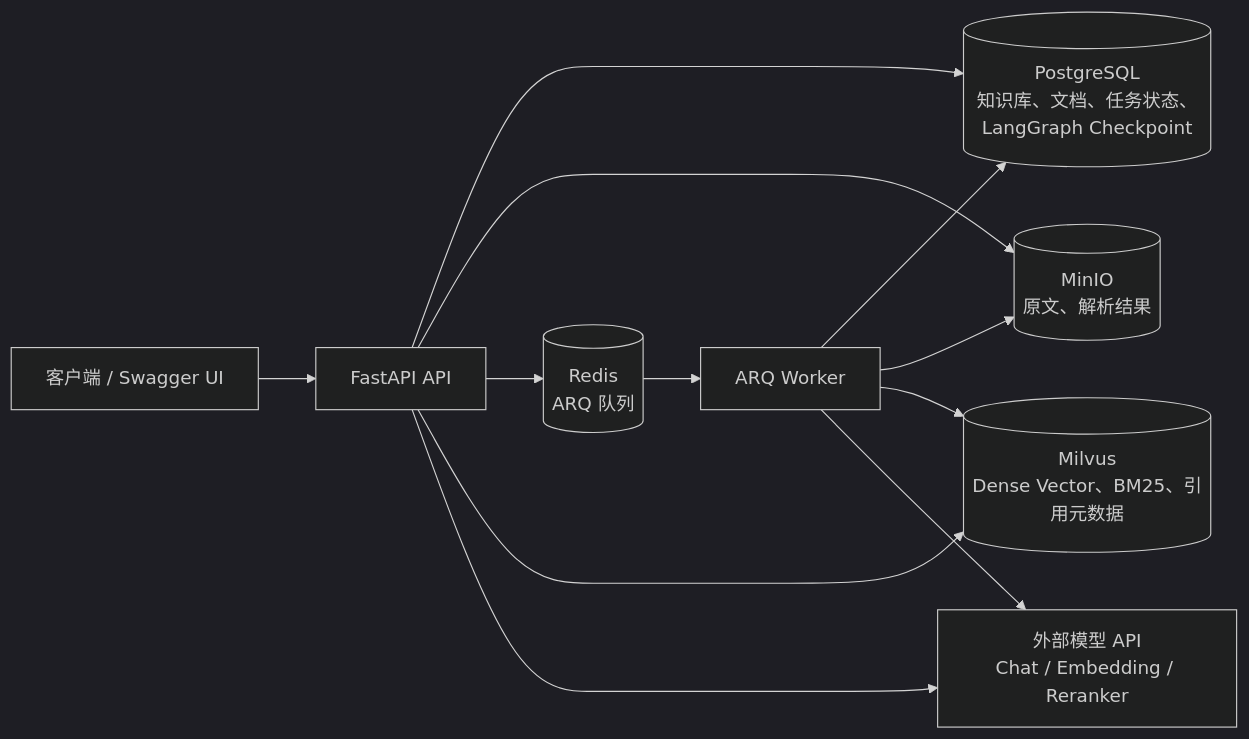
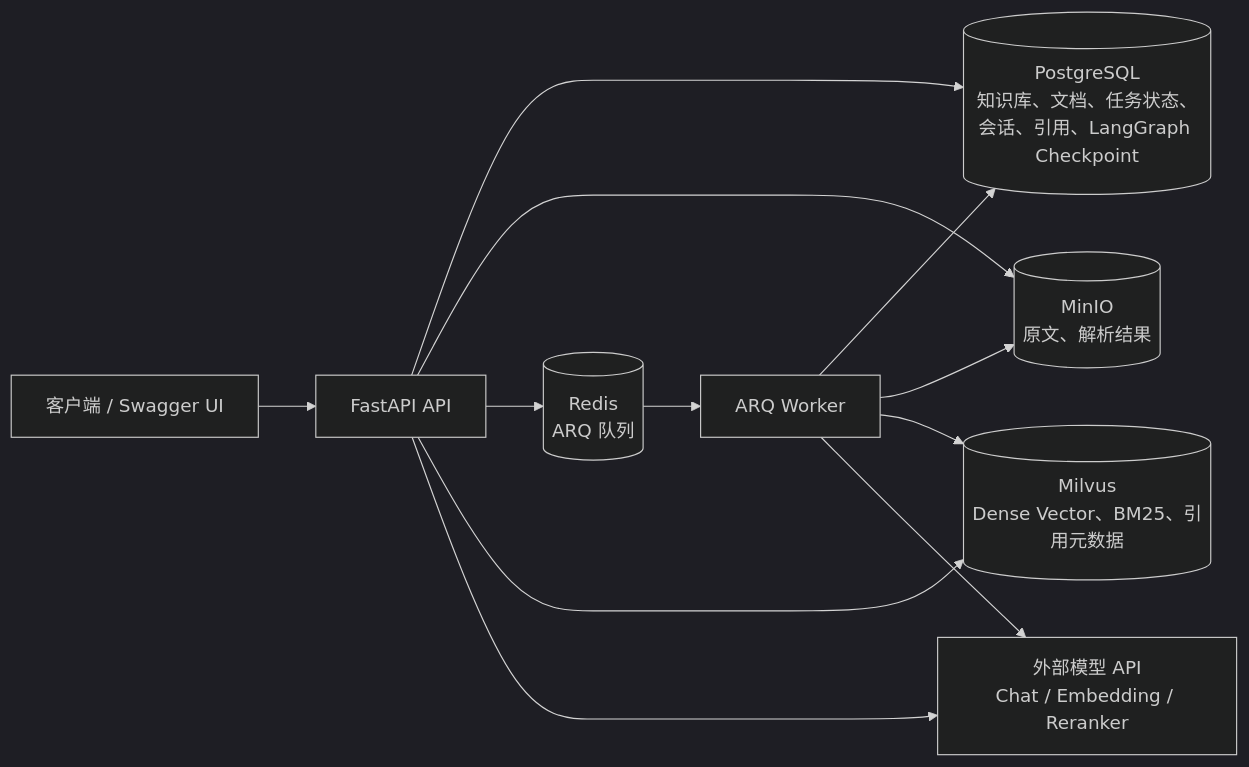
Before and after one commit to akka-sun/RAG-Agent: the diagram in README.md, drawn with Mermaid (dark theme). The commit also changed other lines of this file and 7 other files, not shown here.

````diff
--- a/README.md
+++ b/README.md
@@ -20,14 +21,14 @@
 ```mermaid
 flowchart LR
     Client["客户端 / Swagger UI"] --> API["FastAPI API"]
-    API --> PG[("PostgreSQL<br/>知识库、文档、任务状态、LangGraph Checkpoint")]
+    API --> PG[("PostgreSQL<br/>知识库、文档、任务状态、会话、引用、LangGraph Checkpoint")]
     API --> MinIO[("MinIO<br/>原文、解析结果")]
     API --> Redis[("Redis<br/>ARQ 队列")]
     API --> Milvus[("Milvus<br/>Dense Vector、BM25、引用元数据")]
     API --> Models["外部模型 API<br/>Chat / Embedding / Reranker"]
     Redis --> Worker["ARQ Worker"]
     Worker --> PG
     Worker --> MinIO
     Worker --> Milvus
     Worker --> Models
 ```
````
